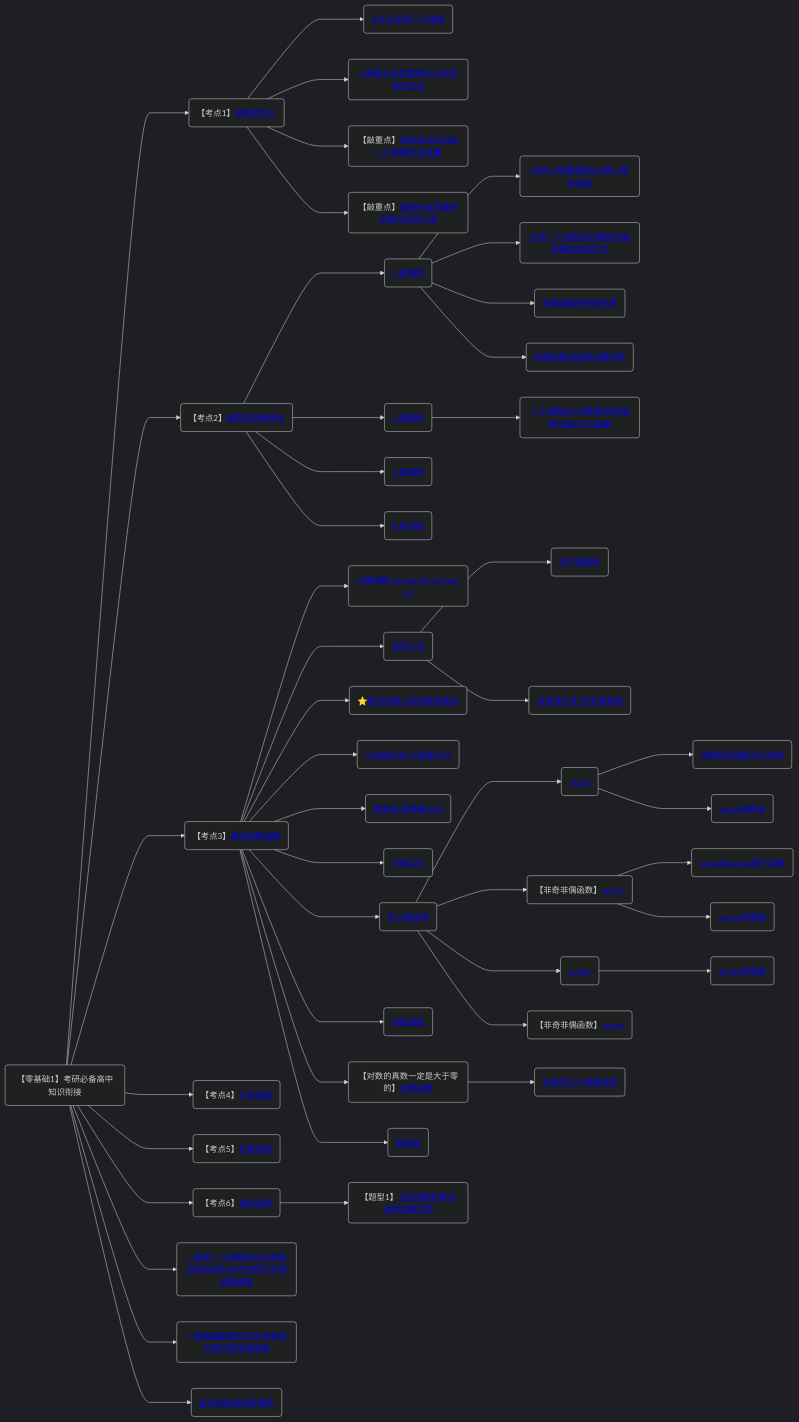
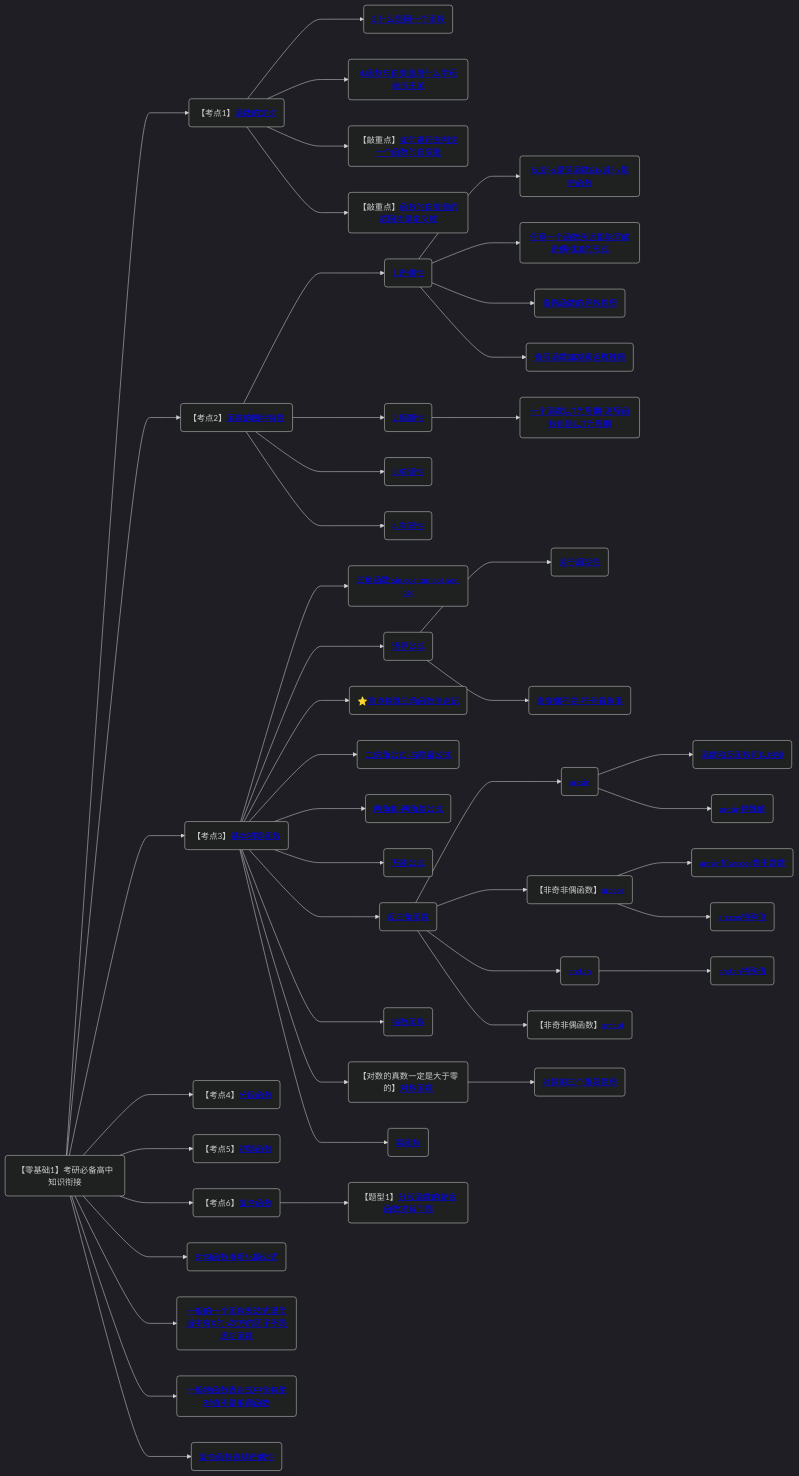
One commit to yuebinghui/note changed the second of 11 diagrams in 笔记/数学/周洋鑫/00.框架.md. Above: the diagram before and after it, drawn with Mermaid (dark theme). The commit also changed 2 other files, not shown here.

Commit message:
Wed Sep 11 20:20:01 CST 2024

````diff
--- a/笔记/数学/周洋鑫/00.框架.md
+++ b/笔记/数学/周洋鑫/00.框架.md
@@ -11,73 +11,74 @@
 ```mermaid
 graph LR
 考研必备高中知识衔接(【零基础1】考研必备高中知识衔接)
 
 考研必备高中知识衔接--->函数的定义(【考点1】<a href="/Users/yuebinghui/Documents/program/github/note/笔记/数学/周洋鑫/02.零基础核心考点精讲1-1～2-1.md#函数的定义">函数的定义</>)
 函数的定义--->3.什么是同一个函数(<a href="/Users/yuebinghui/Documents/program/github/note/笔记/数学/周洋鑫/02.零基础核心考点精讲1-1～2-1.md#3.什么是同一个函数">3.什么是同一个函数</>)
 函数的定义--->4.函数与自变量用什么字母表示无关(<a href="/Users/yuebinghui/Documents/program/github/note/笔记/数学/周洋鑫/02.零基础核心考点精讲1-1～2-1.md#4.函数与自变量用什么字母表示无关">4.函数与自变量用什么字母表示无关</>)
 函数的定义--->如何进行去判定一个函数的自变量(【敲重点】<a href="/Users/yuebinghui/Documents/program/github/note/笔记/数学/周洋鑫/02.零基础核心考点精讲1-1～2-1.md#如何进行去判定一个函数的自变量">如何进行去判定一个函数的自变量</>)
 函数的定义--->函数的自变量的范围才是定义域(【敲重点】<a href="/Users/yuebinghui/Documents/program/github/note/笔记/数学/周洋鑫/02.零基础核心考点精讲1-1～2-1.md#函数的自变量的范围才是定义域">函数的自变量的范围才是定义域</>)
 
 考研必备高中知识衔接--->函数的四种特性(【考点2】<a href="/Users/yuebinghui/Documents/program/github/note/笔记/数学/周洋鑫/02.零基础核心考点精讲1-1～2-1.md#函数的四种特性">函数的四种特性</>)
 函数的四种特性--->1.奇偶性(<a href="/Users/yuebinghui/Documents/program/github/note/笔记/数学/周洋鑫/02.零基础核心考点精讲1-1～2-1.md#1.奇偶性">1.奇偶性</>)
 1.奇偶性--->fx加f-x是偶函数&fx减f-x是奇函数(<a href="/Users/yuebinghui/Documents/program/github/note/笔记/数学/周洋鑫/02.零基础核心考点精讲1-1～2-1.md#fx加f-x是偶函数&fx减f-x是奇函数">fx加f-x是偶函数&fx减f-x是奇函数</>)
 1.奇偶性--->任意一个函数永远都能写成奇偶相加的形式(<a href="/Users/yuebinghui/Documents/program/github/note/笔记/数学/周洋鑫/02.零基础核心考点精讲1-1～2-1.md#任意一个函数永远都能写成奇偶相加的形式">任意一个函数永远都能写成奇偶相加的形式</>)
 1.奇偶性--->奇偶函数的导数性质(<a href="/Users/yuebinghui/Documents/program/github/note/笔记/数学/周洋鑫/02.零基础核心考点精讲1-1～2-1.md#奇偶函数的导数性质">奇偶函数的导数性质</>)
 1.奇偶性--->奇偶函数加减乘运算性质(<a href="/Users/yuebinghui/Documents/program/github/note/笔记/数学/周洋鑫/02.零基础核心考点精讲1-1～2-1.md#奇偶函数加减乘运算性质">奇偶函数加减乘运算性质</>)
 函数的四种特性--->2.周期性(<a href="/Users/yuebinghui/Documents/program/github/note/笔记/数学/周洋鑫/02.零基础核心考点精讲1-1～2-1.md#2.周期性 ">2.周期性 </>)
 2.周期性--->一个函数以T为周期-则导函数也是以T为周期(<a href="/Users/yuebinghui/Documents/program/github/note/笔记/数学/周洋鑫/02.零基础核心考点精讲1-1～2-1.md#一个函数以T为周期-则导函数也是以T为周期">一个函数以T为周期-则导函数也是以T为周期</>)
 函数的四种特性--->3.单调性(<a href="/Users/yuebinghui/Documents/program/github/note/笔记/数学/周洋鑫/02.零基础核心考点精讲1-1～2-1.md#3.单调性">3.单调性</>)
 函数的四种特性--->4.有界性(<a href="/Users/yuebinghui/Documents/program/github/note/笔记/数学/周洋鑫/02.零基础核心考点精讲1-1～2-1.md#4.有界性">4.有界性</>)
 
 
 
 考研必备高中知识衔接--->基本初等函数(【考点3】<a href="/Users/yuebinghui/Documents/program/github/note/笔记/数学/周洋鑫/02.零基础核心考点精讲1-1～2-1.md#基本初等函数">基本初等函数</>)
 基本初等函数--->三角函数(<a href="/Users/yuebinghui/Documents/program/github/note/笔记/数学/周洋鑫/02.零基础核心考点精讲1-1～2-1.md#三角函数">三角函数 sin cos tan cot sec csc</>)
 基本初等函数--->诱导公式(<a href="/Users/yuebinghui/Documents/program/github/note/笔记/数学/周洋鑫/02.零基础核心考点精讲1-1～2-1.md#诱导公式">诱导公式</>)
 诱导公式--->关于周期性(<a href="/Users/yuebinghui/Documents/program/github/note/笔记/数学/周洋鑫/02.零基础核心考点精讲1-1～2-1.md#关于周期性">关于周期性</>)
 诱导公式--->奇变偶不变-符号看象限(<a href="/Users/yuebinghui/Documents/program/github/note/笔记/数学/周洋鑫/02.零基础核心考点精讲1-1～2-1.md#奇变偶不变-符号看象限">奇变偶不变-符号看象限</>)
 基本初等函数--->重点特殊三角函数值速记(⭐️<a href="/Users/yuebinghui/Documents/program/github/note/笔记/数学/周洋鑫/02.零基础核心考点精讲1-1～2-1.md#重点特殊三角函数值速记">重点特殊三角函数值速记</>)
 基本初等函数--->二倍角公式-与降幂公式(<a href="/Users/yuebinghui/Documents/program/github/note/笔记/数学/周洋鑫/02.零基础核心考点精讲1-1～2-1.md#二倍角公式-与降幂公式">二倍角公式-与降幂公式</>)
 基本初等函数--->两角和-两角差公式(<a href="/Users/yuebinghui/Documents/program/github/note/笔记/数学/周洋鑫/02.零基础核心考点精讲1-1～2-1.md#两角和-两角差公式">两角和-两角差公式</>)
 基本初等函数--->万能公式(<a href="/Users/yuebinghui/Documents/program/github/note/笔记/数学/周洋鑫/02.零基础核心考点精讲1-1～2-1.md#万能公式">万能公式</>)
 基本初等函数--->反三角函数(<a href="/Users/yuebinghui/Documents/program/github/note/笔记/数学/周洋鑫/02.零基础核心考点精讲1-1～2-1.md#反三角函数">反三角函数</>)
 反三角函数--->arcsin(<a href="/Users/yuebinghui/Documents/program/github/note/笔记/数学/周洋鑫/02.零基础核心考点精讲1-1～2-1.md#arcsin">arcsin</>)
 arcsin--->函数和反函数可以约掉(<a href="/Users/yuebinghui/Documents/program/github/note/笔记/数学/周洋鑫/02.零基础核心考点精讲1-1～2-1.md#函数和反函数可以约掉">函数和反函数可以约掉</>)
 arcsin--->arcsin特殊值(<a href="/Users/yuebinghui/Documents/program/github/note/笔记/数学/周洋鑫/02.零基础核心考点精讲1-1～2-1.md#arcsin特殊值">arcsin特殊值</>)
 反三角函数--->arccos(【非奇非偶函数】<a href="/Users/yuebinghui/Documents/program/github/note/笔记/数学/周洋鑫/02.零基础核心考点精讲1-1～2-1.md#arccos">arccos</>)
 arccos--->arcsin加arccos等于常数(<a href="/Users/yuebinghui/Documents/program/github/note/笔记/数学/周洋鑫/02.零基础核心考点精讲1-1～2-1.md#arcsin加arccos等于常数">arcsin加arccos等于常数</>)
 arccos--->arccos特殊值(<a href="/Users/yuebinghui/Documents/program/github/note/笔记/数学/周洋鑫/02.零基础核心考点精讲1-1～2-1.md#arccos特殊值">arccos特殊值</>)
 反三角函数--->arctan(<a href="/Users/yuebinghui/Documents/program/github/note/笔记/数学/周洋鑫/02.零基础核心考点精讲1-1～2-1.md#arctan">arctan</>)
 arctan--->arctan特殊值(<a href="/Users/yuebinghui/Documents/program/github/note/笔记/数学/周洋鑫/02.零基础核心考点精讲1-1～2-1.md#arctan特殊值">arctan特殊值</>)
 反三角函数--->arccot(【非奇非偶函数】<a href="/Users/yuebinghui/Documents/program/github/note/笔记/数学/周洋鑫/02.零基础核心考点精讲1-1～2-1.md#arccot">arccot</>)
 
 基本初等函数--->指数函数(<a href="/Users/yuebinghui/Documents/program/github/note/笔记/数学/周洋鑫/02.零基础核心考点精讲1-1～2-1.md#指数函数">指数函数</>)
 
 基本初等函数--->对数函数(【对数的真数一定是大于零的】<a href="/Users/yuebinghui/Documents/program/github/note/笔记/数学/周洋鑫/02.零基础核心考点精讲1-1～2-1.md#对数函数">对数函数</>)
 对数函数--->对数的三个重要性质(<a href="/Users/yuebinghui/Documents/program/github/note/笔记/数学/周洋鑫/02.零基础核心考点精讲1-1～2-1.md#对数的三个重要性质">对数的三个重要性质</>)
 
 基本初等函数--->幂函数(<a href="/Users/yuebinghui/Documents/program/github/note/笔记/数学/周洋鑫/02.零基础核心考点精讲1-1～2-1.md#幂函数">幂函数</>)
 
 
 
 考研必备高中知识衔接--->分段函数(【考点4】<a href="/Users/yuebinghui/Documents/program/github/note/笔记/数学/周洋鑫/03.零基础核心考点精讲2-2～3-1.md#分段函数">分段函数</>)
 
 
 
 考研必备高中知识衔接--->初等函数(【考点5】<a href="/Users/yuebinghui/Documents/program/github/note/笔记/数学/周洋鑫/03.零基础核心考点精讲2-2～3-1.md#初等函数">初等函数</>)
 
 
 考研必备高中知识衔接--->复合函数(【考点6】<a href="/Users/yuebinghui/Documents/program/github/note/笔记/数学/周洋鑫/02.零基础核心考点精讲1-1～2-1.md#复合函数">复合函数</>)
 复合函数--->分段函数的复合函数求解问题(【题型1】<a href="/Users/yuebinghui/Documents/program/github/note/笔记/数学/周洋鑫/03.零基础核心考点精讲2-2～3-1.md#分段函数的复合函数求解问题">分段函数的复合函数求解问题</>)
+考研必备高中知识衔接--->对勾函数凑项化简(<a href="/Users/yuebinghui/Documents/program/github/note/笔记/数学/周洋鑫/03.零基础核心考点精讲2-2～3-1.md#对勾函数凑项化简">对勾函数凑项化简公式</>)
 
 
 
 
 
 
 考研必备高中知识衔接--->一般的一个函数表达式里面当中有X的n次方的因子不是周期函数(<a href="/Users/yuebinghui/Documents/program/github/note/笔记/数学/周洋鑫/04.零基础核心考点精讲3-2.md#一般的一个函数表达式里面当中有X的n次方的因子不是周期函数">一般的一个函数表达式里面当中有X的n次方的因子不是周期函数</>)
 考研必备高中知识衔接--->一般地函数表达式中含有绝对值不是单调函数(<a href="/Users/yuebinghui/Documents/program/github/note/笔记/数学/周洋鑫/04.零基础核心考点精讲3-2.md#一般地函数表达式中含有绝对值不是单调函数">一般地函数表达式中含有绝对值不是单调函数</>)
 考研必备高中知识衔接--->复合函数连续奇偶性(<a href="/Users/yuebinghui/Documents/program/github/note/笔记/数学/周洋鑫/05.1.零基础核心考点精讲4-2.md#复合函数连续奇偶性">复合函数连续奇偶性</>)
 
 
 ```
````
